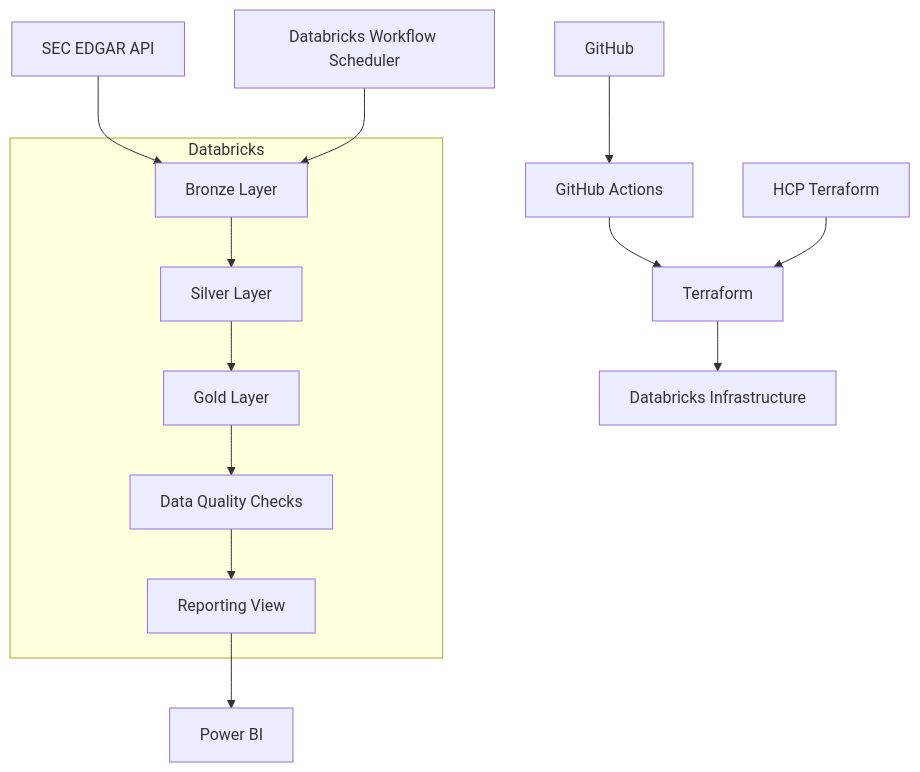
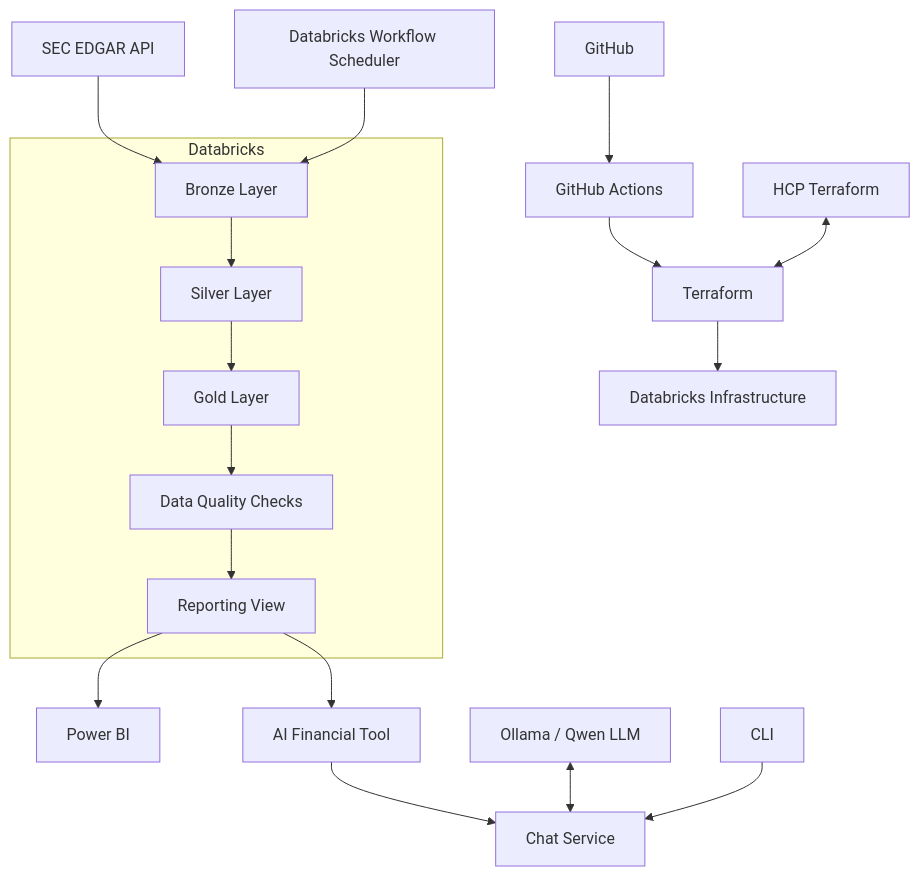
Before and after one commit to vahidsadat/alpha-lake: the diagram in README.md, drawn with Mermaid. The commit also changed other lines of this file and 5 other files, not shown here.

````diff
--- a/README.md
+++ b/README.md
@@ -23,27 +26,27 @@
 ```mermaid
 flowchart TD
-
     A[SEC EDGAR API] --> B[Bronze Layer]
-
     B --> C[Silver Layer]
     C --> D[Gold Layer]
     D --> E[Data Quality Checks]
     E --> F[Reporting View]
     F --> G[Power BI]
+    F --> H[AI Financial Tool]
+    H --> I[Chat Service]
+    J[Ollama / Qwen LLM] <--> I
+    K[CLI] --> I
 
     subgraph Databricks
         B
         C
         D
         E
         F
     end
 
-    H[GitHub] --> I[GitHub Actions]
-    I --> J[Terraform]
-    J --> K[Databricks Infrastructure]
-
-    L[HCP Terraform] --> J
-
-    M[Databricks Workflow Scheduler] --> B
+    L[GitHub] --> M[GitHub Actions]
+    M --> N[Terraform]
+    N --> O[Databricks Infrastructure]
+    P[HCP Terraform] <--> N
+    Q[Databricks Workflow Scheduler] --> B
 ```
````
